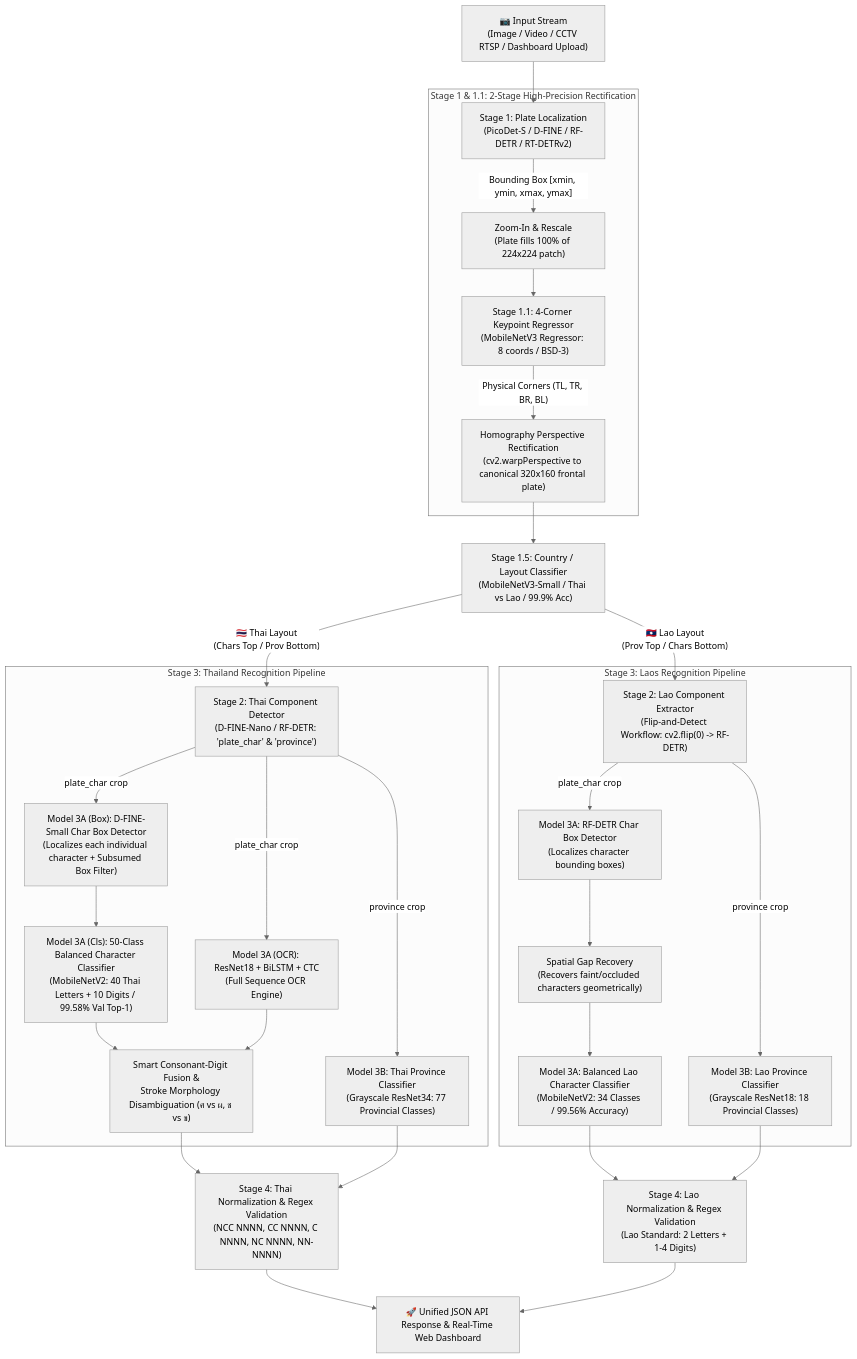
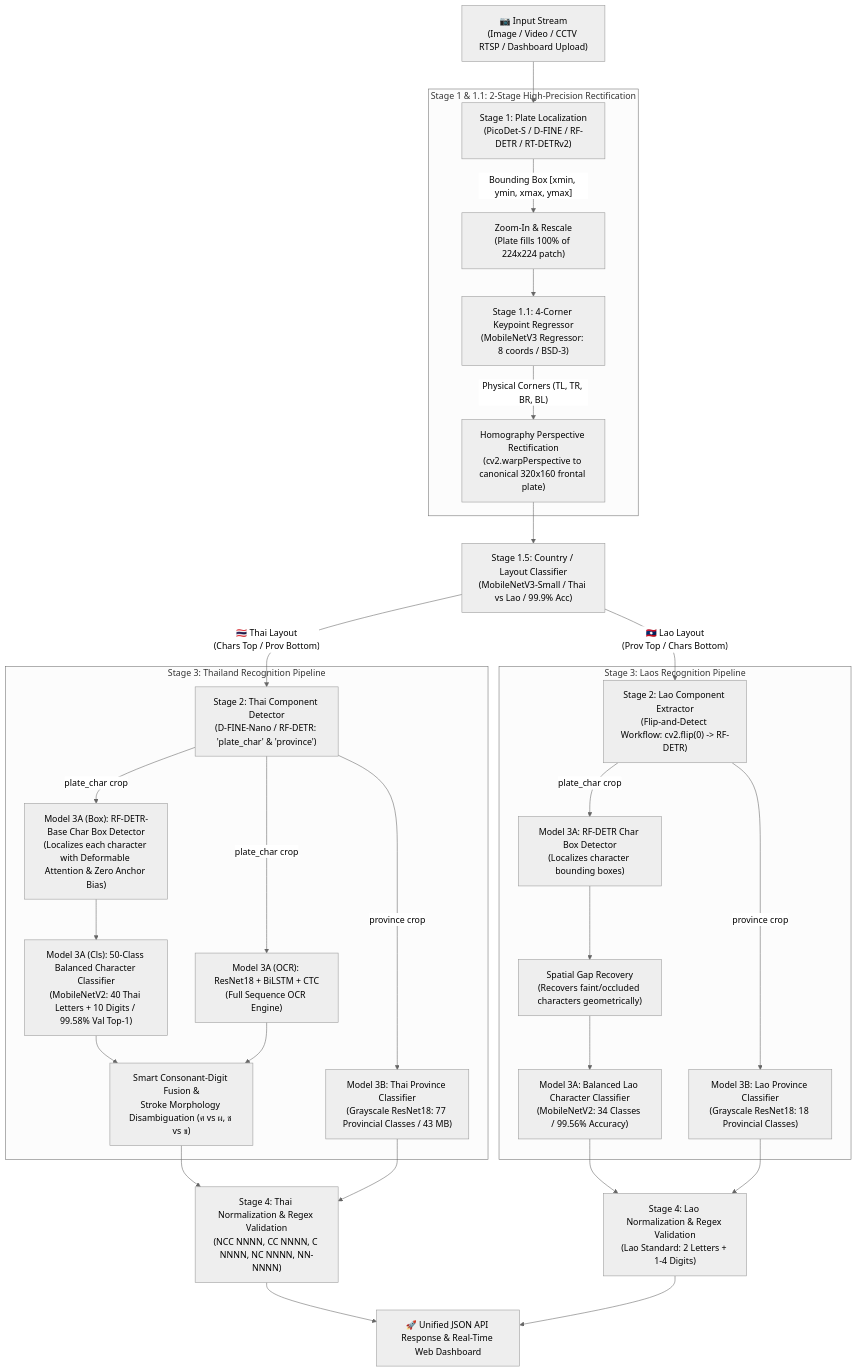
One commit to kwankhaosiva-repo/Thai-License-Plate-Recognition-API-old changed the first of 3 diagrams in README.md. Above: the diagram before and after it, drawn with Mermaid (neutral theme). The commit also changed other lines of this file and 3 other files, not shown here.

````diff
--- a/README.md
+++ b/README.md
@@ -33,35 +34,35 @@
 ```mermaid
 flowchart TD
     A["📷 Input Stream\n(Image / Video / CCTV RTSP / Dashboard Upload)"] --> S1["Stage 1: Plate Localization\n(PicoDet-S / D-FINE / RF-DETR / RT-DETRv2)"]
     
     subgraph STAGE1["Stage 1 & 1.1: 2-Stage High-Precision Rectification"]
         S1 -->|"Bounding Box [xmin, ymin, xmax, ymax]"| S1_CROP["Zoom-In & Rescale\n(Plate fills 100% of 224x224 patch)"]
         S1_CROP --> S1_KEY["Stage 1.1: 4-Corner Keypoint Regressor\n(MobileNetV3 Regressor: 8 coords / BSD-3)"]
         S1_KEY -->|"Physical Corners (TL, TR, BR, BL)"| S1_WARP["Homography Perspective Rectification\n(cv2.warpPerspective to canonical 320x160 frontal plate)"]
     end
 
     S1_WARP --> S15["Stage 1.5: Country / Layout Classifier\n(MobileNetV3-Small / Thai vs Lao / 99.9% Acc)"]
 
     S15 -->|"🇹🇭 Thai Layout\n(Chars Top / Prov Bottom)"| S2_TH["Stage 2: Thai Component Detector\n(D-FINE-Nano / RF-DETR: 'plate_char' & 'province')"]
     S15 -->|"🇱🇦 Lao Layout\n(Prov Top / Chars Bottom)"| S2_LA["Stage 2: Lao Component Extractor\n(Flip-and-Detect Workflow: cv2.flip(0) -> RF-DETR)"]
 
     subgraph STAGE3_TH["Stage 3: Thailand Recognition Pipeline"]
-        S2_TH -->|"plate_char crop"| TH_CHAR_BOX["Model 3A (Box): D-FINE-Small Char Box Detector\n(Localizes each individual character + Subsumed Box Filter)"]
+        S2_TH -->|"plate_char crop"| TH_CHAR_BOX["Model 3A (Box): RF-DETR-Base Char Box Detector\n(Localizes each character with Deformable Attention & Zero Anchor Bias)"]
         TH_CHAR_BOX --> TH_CHAR_CLS["Model 3A (Cls): 50-Class Balanced Character Classifier\n(MobileNetV2: 40 Thai Letters + 10 Digits / 99.58% Val Top-1)"]
         S2_TH -->|"plate_char crop"| TH_OCR["Model 3A (OCR): ResNet18 + BiLSTM + CTC\n(Full Sequence OCR Engine)"]
         TH_CHAR_CLS & TH_OCR --> TH_FUSION["Smart Consonant-Digit Fusion &\nStroke Morphology Disambiguation (ศ vs ผ, ช vs ข)"]
-        S2_TH -->|"province crop"| TH_PROV["Model 3B: Thai Province Classifier\n(Grayscale ResNet34: 77 Provincial Classes)"]
+        S2_TH -->|"province crop"| TH_PROV["Model 3B: Thai Province Classifier\n(Grayscale ResNet18: 77 Provincial Classes / 43 MB)"]
     end
 
     subgraph STAGE3_LA["Stage 3: Laos Recognition Pipeline"]
         S2_LA -->|"plate_char crop"| LA_CHAR_BOX["Model 3A: RF-DETR Char Box Detector\n(Localizes character bounding boxes)"]
         LA_CHAR_BOX --> LA_GAP["Spatial Gap Recovery\n(Recovers faint/occluded characters geometrically)"]
         LA_GAP --> LA_CHAR_CLS["Model 3A: Balanced Lao Character Classifier\n(MobileNetV2: 34 Classes / 99.56% Accuracy)"]
         S2_LA -->|"province crop"| LA_PROV["Model 3B: Lao Province Classifier\n(Grayscale ResNet18: 18 Provincial Classes)"]
     end
 
     TH_FUSION & TH_PROV --> S4_TH["Stage 4: Thai Normalization & Regex Validation\n(NCC NNNN, CC NNNN, C NNNN, NC NNNN, NN-NNNN)"]
     LA_CHAR_CLS & LA_PROV --> S4_LA["Stage 4: Lao Normalization & Regex Validation\n(Lao Standard: 2 Letters + 1-4 Digits)"]
 
     S4_TH & S4_LA --> OUT["🚀 Unified JSON API Response & Real-Time Web Dashboard"]
 ```
````
